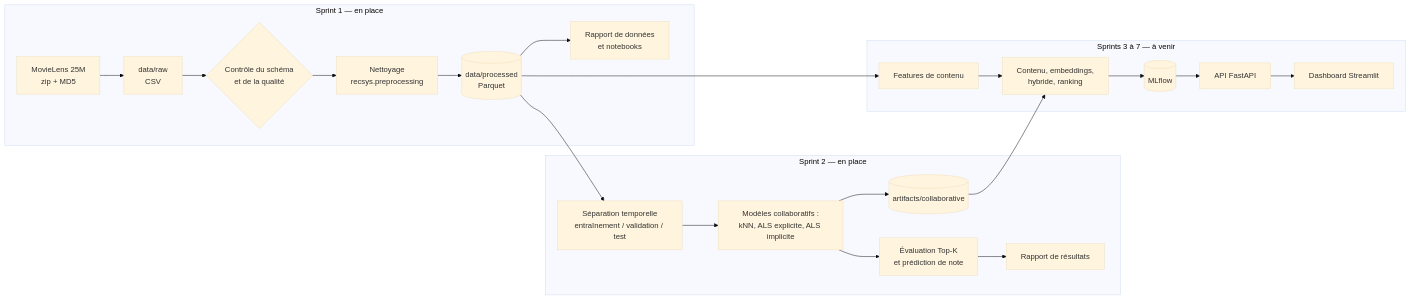
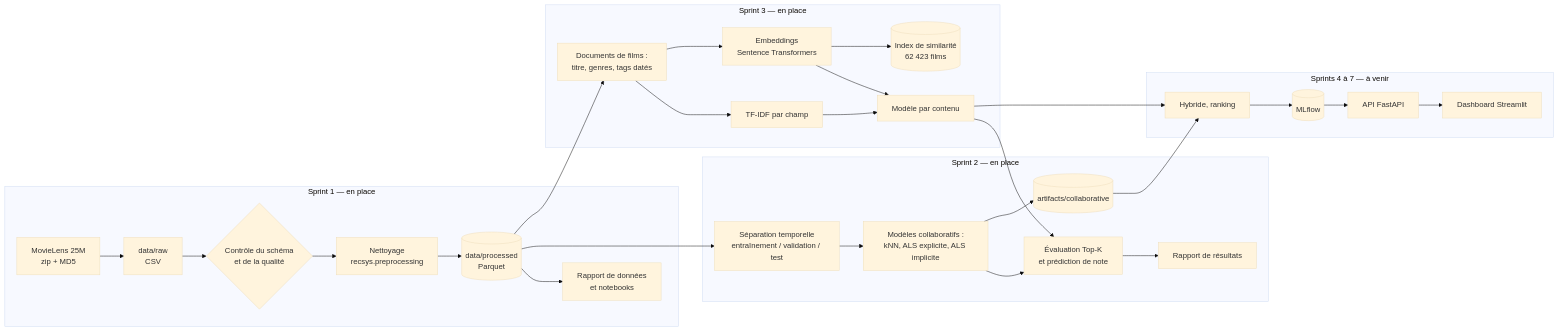
Before and after one commit to Daoudbamba/recommender-system: the diagram in README.md, drawn with Mermaid (base theme). The commit also changed other lines of this file and 2 other files, not shown here.

Commit message:
docs: README, Makefile et fiche dataset du Sprint 3

````diff
--- a/README.md
+++ b/README.md
@@ -30,25 +31,33 @@
 ```mermaid
 flowchart LR
     subgraph S1["Sprint 1 — en place"]
         A[MovieLens 25M<br/>zip + MD5] --> B[data/raw<br/>CSV]
         B --> C{Contrôle du schéma<br/>et de la qualité}
         C --> D[Nettoyage<br/>recsys.preprocessing]
         D --> E[(data/processed<br/>Parquet)]
         E --> F[Rapport de données<br/>et notebooks]
     end
     subgraph S2["Sprint 2 — en place"]
         E --> S[Séparation temporelle<br/>entraînement / validation / test]
         S --> M[Modèles collaboratifs :<br/>kNN, ALS explicite, ALS implicite]
         M --> V[Évaluation Top-K<br/>et prédiction de note]
         M --> AR[(artifacts/collaborative)]
         V --> R2[Rapport de résultats]
     end
-    subgraph S3["Sprints 3 à 7 — à venir"]
-        E --> G[Features de contenu]
-        G --> H[Contenu, embeddings,<br/>hybride, ranking]
-        AR --> H
+    subgraph S3["Sprint 3 — en place"]
+        E --> G[Documents de films :<br/>titre, genres, tags datés]
+        G --> T[TF-IDF par champ]
+        G --> EM[Embeddings<br/>Sentence Transformers]
+        T --> CB[Modèle par contenu]
+        EM --> CB
+        EM --> IX[(Index de similarité<br/>62 423 films)]
+        CB --> V
+    end
+    subgraph S4["Sprints 4 à 7 — à venir"]
+        AR --> H[Hybride, ranking]
+        CB --> H
         H --> I[(MLflow)]
         I --> J[API FastAPI]
         J --> K[Dashboard Streamlit]
     end
 ```
````
